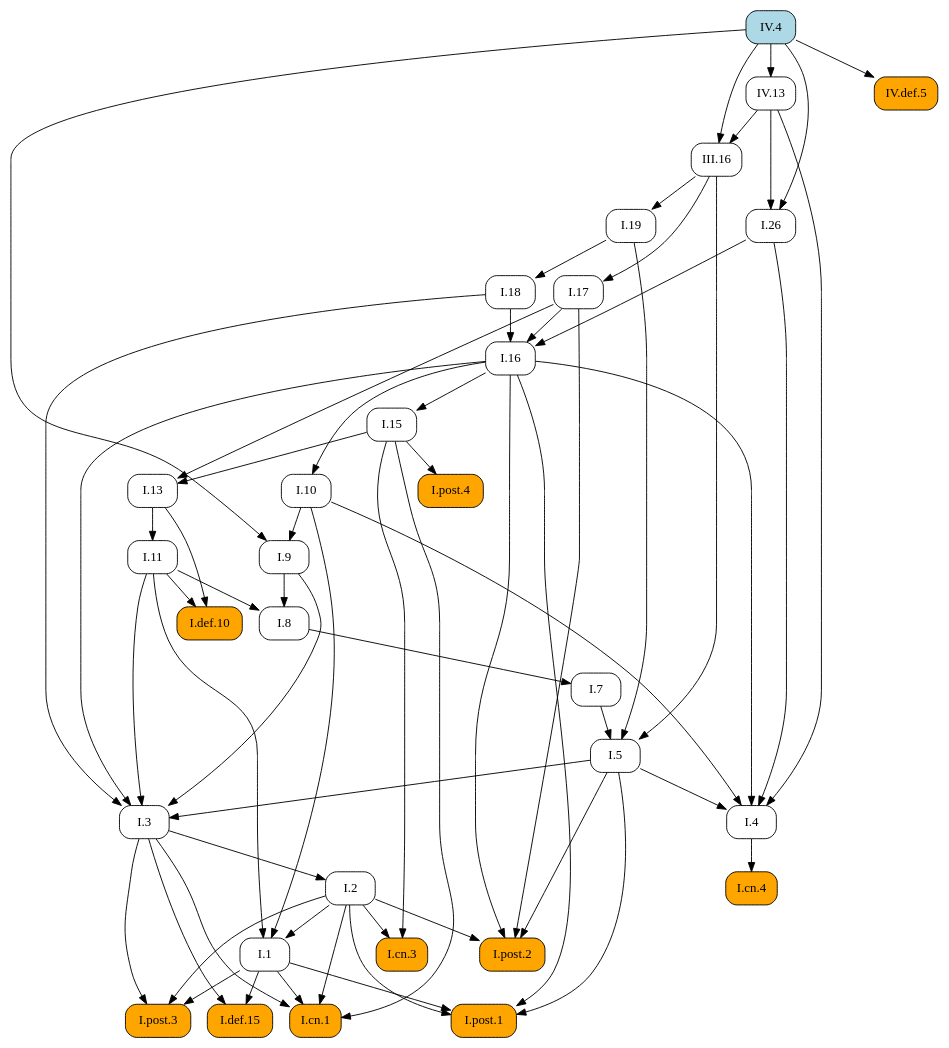
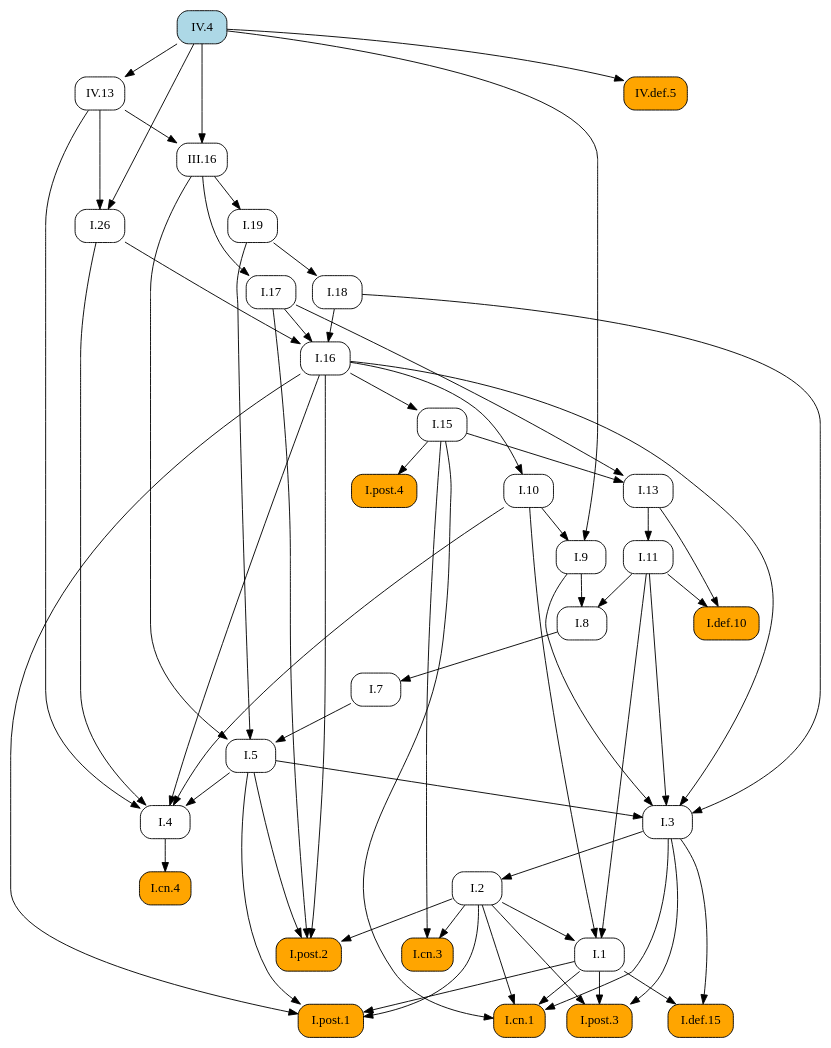
The diagram in docsrc/elements2/IV/4/index.rst (geometor/elements), drawn with Graphviz before and after one commit. The commit also changed other lines of this file and 409 other files, not shown here.

First line of the commit message:
feat: Add image cropping and graphic extraction script

```diff
--- a/docsrc/elements2/IV/4/index.rst
+++ b/docsrc/elements2/IV/4/index.rst
@@ -84,96 +84,96 @@
    digraph {
      rankdir="TB";
      node [shape=box, style=rounded];
+     "I.def.15" [style="rounded,filled", fillcolor=orange, URL="/elements2/I/def.15/", target="_top"];
+     "I.19" [URL="/elements2/I/19/", target="_top"];
+     "I.18" [URL="/elements2/I/18/", target="_top"];
+     "I.11" [URL="/elements2/I/11/", target="_top"];
+     "I.def.10" [style="rounded,filled", fillcolor=orange, URL="/elements2/I/def.10/", target="_top"];
      "I.8" [URL="/elements2/I/8/", target="_top"];
-     "I.post.3" [style="rounded,filled", fillcolor=orange, URL="/elements2/I/post.3/", target="_top"];
-     "I.19" [URL="/elements2/I/19/", target="_top"];
-     "I.1" [URL="/elements2/I/1/", target="_top"];
-     "I.cn.4" [style="rounded,filled", fillcolor=orange, URL="/elements2/I/cn.4/", target="_top"];
-     "I.cn.3" [style="rounded,filled", fillcolor=orange, URL="/elements2/I/cn.3/", target="_top"];
-     "I.7" [URL="/elements2/I/7/", target="_top"];
-     "I.17" [URL="/elements2/I/17/", target="_top"];
-     "I.post.1" [style="rounded,filled", fillcolor=orange, URL="/elements2/I/post.1/", target="_top"];
-     "I.9" [URL="/elements2/I/9/", target="_top"];
      "I.5" [URL="/elements2/I/5/", target="_top"];
-     "IV.4" [style="rounded,filled", fillcolor=lightblue, URL="/elements2/IV/4/", target="_top"];
-     "I.cn.1" [style="rounded,filled", fillcolor=orange, URL="/elements2/I/cn.1/", target="_top"];
-     "I.16" [URL="/elements2/I/16/", target="_top"];
-     "I.def.10" [style="rounded,filled", fillcolor=orange, URL="/elements2/I/def.10/", target="_top"];
-     "I.18" [URL="/elements2/I/18/", target="_top"];
-     "I.13" [URL="/elements2/I/13/", target="_top"];
-     "I.post.4" [style="rounded,filled", fillcolor=orange, URL="/elements2/I/post.4/", target="_top"];
-     "I.2" [URL="/elements2/I/2/", target="_top"];
-     "IV.def.5" [style="rounded,filled", fillcolor=orange, URL="/elements2/IV/def.5/", target="_top"];
-     "I.def.15" [style="rounded,filled", fillcolor=orange, URL="/elements2/I/def.15/", target="_top"];
-     "I.4" [URL="/elements2/I/4/", target="_top"];
-     "IV.13" [URL="/elements2/IV/13/", target="_top"];
-     "I.11" [URL="/elements2/I/11/", target="_top"];
-     "I.10" [URL="/elements2/I/10/", target="_top"];
-     "III.16" [URL="/elements2/III/16/", target="_top"];
      "I.15" [URL="/elements2/I/15/", target="_top"];
      "I.3" [URL="/elements2/I/3/", target="_top"];
+     "I.10" [URL="/elements2/I/10/", target="_top"];
+     "I.17" [URL="/elements2/I/17/", target="_top"];
+     "IV.4" [style="rounded,filled", fillcolor=lightblue, URL="/elements2/IV/4/", target="_top"];
+     "I.26" [URL="/elements2/I/26/", target="_top"];
+     "I.cn.1" [style="rounded,filled", fillcolor=orange, URL="/elements2/I/cn.1/", target="_top"];
+     "I.cn.3" [style="rounded,filled", fillcolor=orange, URL="/elements2/I/cn.3/", target="_top"];
+     "I.13" [URL="/elements2/I/13/", target="_top"];
+     "I.4" [URL="/elements2/I/4/", target="_top"];
+     "IV.def.5" [style="rounded,filled", fillcolor=orange, URL="/elements2/IV/def.5/", target="_top"];
+     "IV.13" [URL="/elements2/IV/13/", target="_top"];
+     "I.7" [URL="/elements2/I/7/", target="_top"];
+     "I.post.3" [style="rounded,filled", fillcolor=orange, URL="/elements2/I/post.3/", target="_top"];
+     "III.16" [URL="/elements2/III/16/", target="_top"];
+     "I.9" [URL="/elements2/I/9/", target="_top"];
+     "I.16" [URL="/elements2/I/16/", target="_top"];
+     "I.post.1" [style="rounded,filled", fillcolor=orange, URL="/elements2/I/post.1/", target="_top"];
+     "I.2" [URL="/elements2/I/2/", target="_top"];
+     "I.cn.4" [style="rounded,filled", fillcolor=orange, URL="/elements2/I/cn.4/", target="_top"];
+     "I.post.4" [style="rounded,filled", fillcolor=orange, URL="/elements2/I/post.4/", target="_top"];
+     "I.1" [URL="/elements2/I/1/", target="_top"];
      "I.post.2" [style="rounded,filled", fillcolor=orange, URL="/elements2/I/post.2/", target="_top"];
-     "I.26" [URL="/elements2/I/26/", target="_top"];
+     "I.1" -> "I.def.15";
+     "I.3" -> "I.def.15";
+     "III.16" -> "I.19";
+     "I.19" -> "I.18";
+     "I.13" -> "I.11";
+     "I.11" -> "I.def.10";
+     "I.13" -> "I.def.10";
      "I.9" -> "I.8";
      "I.11" -> "I.8";
-     "I.1" -> "I.post.3";
-     "I.2" -> "I.post.3";
-     "I.3" -> "I.post.3";
-     "III.16" -> "I.19";
-     "I.2" -> "I.1";
-     "I.10" -> "I.1";
-     "I.11" -> "I.1";
-     "I.4" -> "I.cn.4";
-     "I.2" -> "I.cn.3";
-     "I.15" -> "I.cn.3";
-     "I.8" -> "I.7";
-     "III.16" -> "I.17";
-     "I.1" -> "I.post.1";
-     "I.2" -> "I.post.1";
-     "I.5" -> "I.post.1";
-     "I.16" -> "I.post.1";
-     "I.10" -> "I.9";
-     "IV.4" -> "I.9";
      "I.7" -> "I.5";
      "I.19" -> "I.5";
      "III.16" -> "I.5";
-     "I.1" -> "I.cn.1";
-     "I.2" -> "I.cn.1";
-     "I.3" -> "I.cn.1";
-     "I.15" -> "I.cn.1";
-     "I.17" -> "I.16";
-     "I.18" -> "I.16";
-     "I.26" -> "I.16";
-     "I.11" -> "I.def.10";
-     "I.13" -> "I.def.10";
-     "I.19" -> "I.18";
-     "I.15" -> "I.13";
-     "I.17" -> "I.13";
-     "I.15" -> "I.post.4";
-     "I.3" -> "I.2";
-     "IV.4" -> "IV.def.5";
-     "I.1" -> "I.def.15";
-     "I.3" -> "I.def.15";
-     "I.5" -> "I.4";
-     "I.10" -> "I.4";
-     "I.16" -> "I.4";
-     "I.26" -> "I.4";
-     "IV.13" -> "I.4";
-     "IV.4" -> "IV.13";
-     "I.13" -> "I.11";
-     "I.16" -> "I.10";
-     "IV.4" -> "III.16";
-     "IV.13" -> "III.16";
      "I.16" -> "I.15";
      "I.5" -> "I.3";
      "I.9" -> "I.3";
      "I.11" -> "I.3";
      "I.16" -> "I.3";
      "I.18" -> "I.3";
+     "I.16" -> "I.10";
+     "III.16" -> "I.17";
+     "IV.4" -> "I.26";
+     "IV.13" -> "I.26";
+     "I.1" -> "I.cn.1";
+     "I.2" -> "I.cn.1";
+     "I.3" -> "I.cn.1";
+     "I.15" -> "I.cn.1";
+     "I.2" -> "I.cn.3";
+     "I.15" -> "I.cn.3";
+     "I.15" -> "I.13";
+     "I.17" -> "I.13";
+     "I.5" -> "I.4";
+     "I.10" -> "I.4";
+     "I.16" -> "I.4";
+     "I.26" -> "I.4";
+     "IV.13" -> "I.4";
+     "IV.4" -> "IV.def.5";
+     "IV.4" -> "IV.13";
+     "I.8" -> "I.7";
+     "I.1" -> "I.post.3";
+     "I.2" -> "I.post.3";
+     "I.3" -> "I.post.3";
+     "IV.4" -> "III.16";
+     "IV.13" -> "III.16";
+     "I.10" -> "I.9";
+     "IV.4" -> "I.9";
+     "I.17" -> "I.16";
+     "I.18" -> "I.16";
+     "I.26" -> "I.16";
+     "I.1" -> "I.post.1";
+     "I.2" -> "I.post.1";
+     "I.5" -> "I.post.1";
+     "I.16" -> "I.post.1";
+     "I.3" -> "I.2";
+     "I.4" -> "I.cn.4";
+     "I.15" -> "I.post.4";
+     "I.2" -> "I.1";
+     "I.10" -> "I.1";
+     "I.11" -> "I.1";
      "I.2" -> "I.post.2";
      "I.5" -> "I.post.2";
      "I.16" -> "I.post.2";
      "I.17" -> "I.post.2";
-     "IV.4" -> "I.26";
-     "IV.13" -> "I.26";
    }
```
